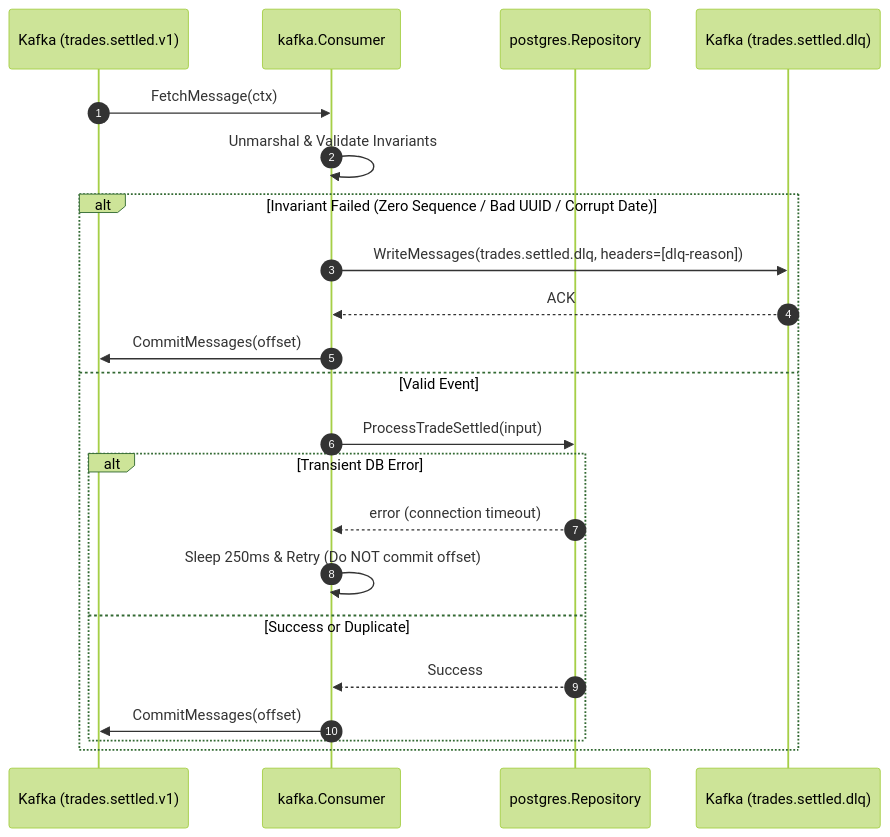
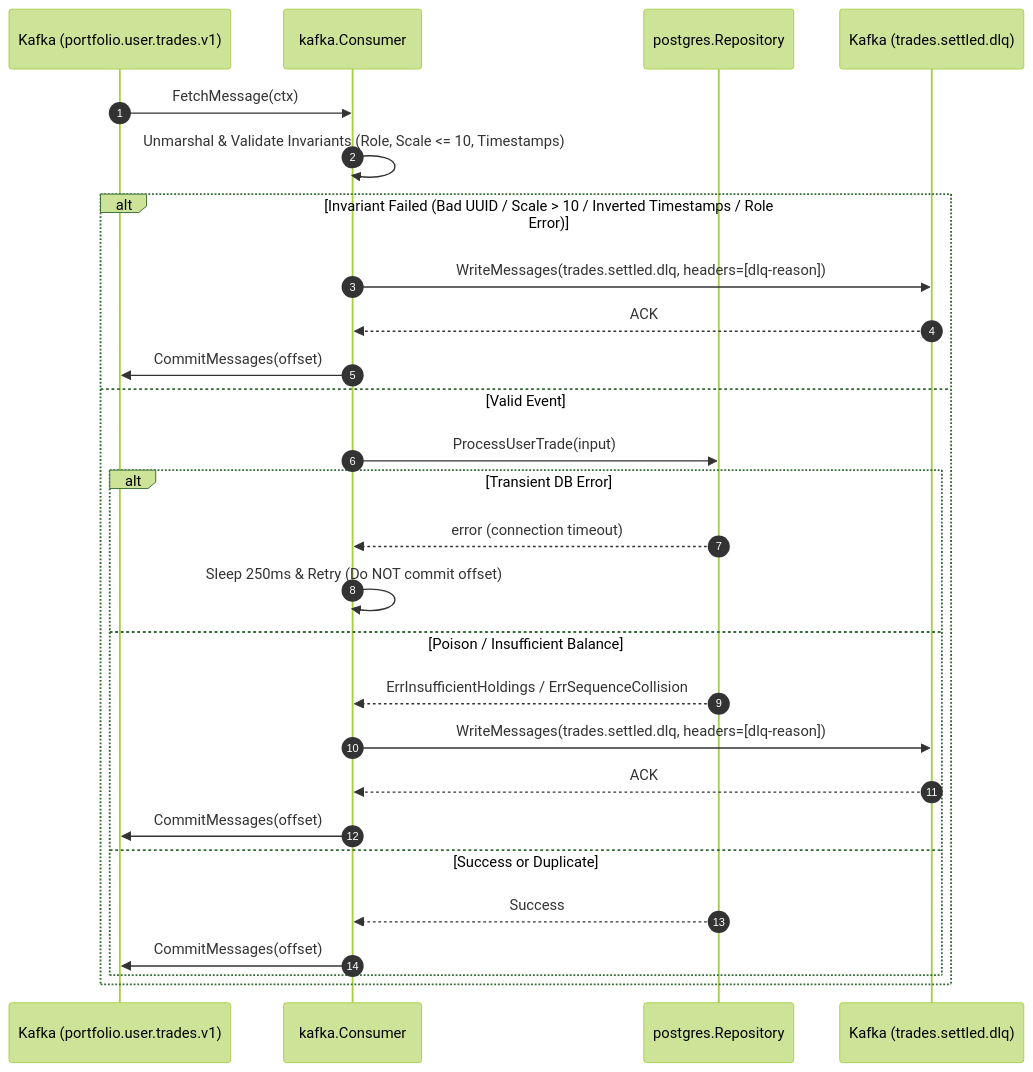
The first of 2 diagrams in services/portfolio/internal/kafka/README.md (akhilbabu26/tradedrift), drawn with Mermaid (forest theme) before and after one commit. The commit also changed other lines of this file and 18 other files, not shown here.

````diff
--- a/services/portfolio/internal/kafka/README.md
+++ b/services/portfolio/internal/kafka/README.md
@@ -203,26 +211,31 @@
 ```mermaid
 sequenceDiagram
     autonumber
-    participant Kafka as Kafka (trades.settled.v1)
+    participant Kafka as Kafka (portfolio.user.trades.v1)
     participant Consumer as kafka.Consumer
     participant Repo as postgres.Repository
     participant DLQ as Kafka (trades.settled.dlq)
 
     Kafka->>Consumer: FetchMessage(ctx)
-    Consumer->>Consumer: Unmarshal & Validate Invariants
+    Consumer->>Consumer: Unmarshal & Validate Invariants (Role, Scale <= 10, Timestamps)
     
-    alt Invariant Failed (Zero Sequence / Bad UUID / Corrupt Date)
+    alt Invariant Failed (Bad UUID / Scale > 10 / Inverted Timestamps / Role Error)
         Consumer->>DLQ: WriteMessages(trades.settled.dlq, headers=[dlq-reason])
         DLQ-->>Consumer: ACK
         Consumer->>Kafka: CommitMessages(offset)
     else Valid Event
-        Consumer->>Repo: ProcessTradeSettled(input)
+        Consumer->>Repo: ProcessUserTrade(input)
         alt Transient DB Error
             Repo-->>Consumer: error (connection timeout)
             Consumer->>Consumer: Sleep 250ms & Retry (Do NOT commit offset)
+        else Poison / Insufficient Balance
+            Repo-->>Consumer: ErrInsufficientHoldings / ErrSequenceCollision
+            Consumer->>DLQ: WriteMessages(trades.settled.dlq, headers=[dlq-reason])
+            DLQ-->>Consumer: ACK
+            Consumer->>Kafka: CommitMessages(offset)
         else Success or Duplicate
             Repo-->>Consumer: Success
             Consumer->>Kafka: CommitMessages(offset)
         end
     end
 ```
````
